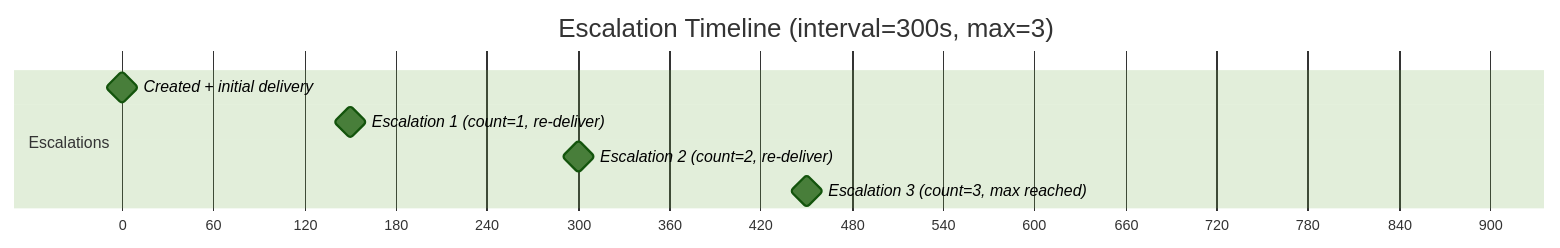
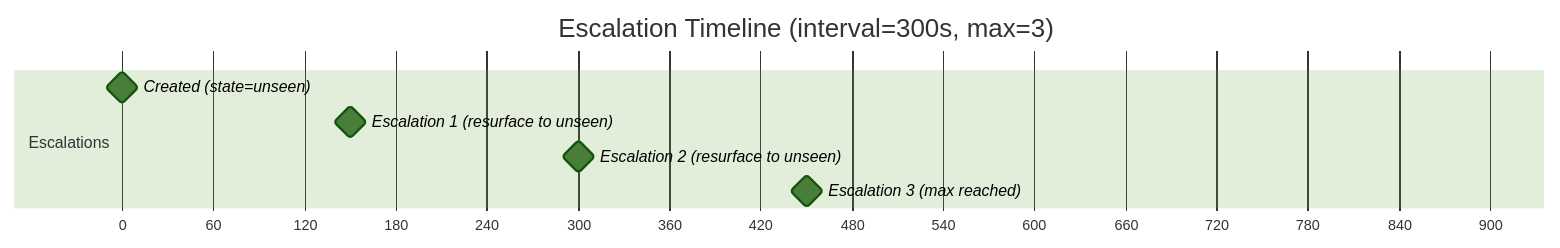
One commit to sunbeamdotpt/estafeta changed the second of 3 diagrams in docs/lifecycle.md. Above: the diagram before and after it, drawn with Mermaid (forest theme). The commit also changed other lines of this file and 20 other files, not shown here.

````diff
--- a/docs/lifecycle.md
+++ b/docs/lifecycle.md
@@ -228,12 +283,12 @@
 ```mermaid
 gantt
     title Escalation Timeline (interval=300s, max=3)
     dateFormat X
     axisFormat %s
 
     section Escalations
-    Created + initial delivery           :milestone, 0, 0
-    Escalation 1 (count=1, re-deliver)   :milestone, 300, 300
-    Escalation 2 (count=2, re-deliver)   :milestone, 600, 600
-    Escalation 3 (count=3, max reached)  :milestone, 900, 900
+    Created (state=unseen)                 :milestone, 0, 0
+    Escalation 1 (resurface to unseen)     :milestone, 300, 300
+    Escalation 2 (resurface to unseen)     :milestone, 600, 600
+    Escalation 3 (max reached)             :milestone, 900, 900
 ```
````
